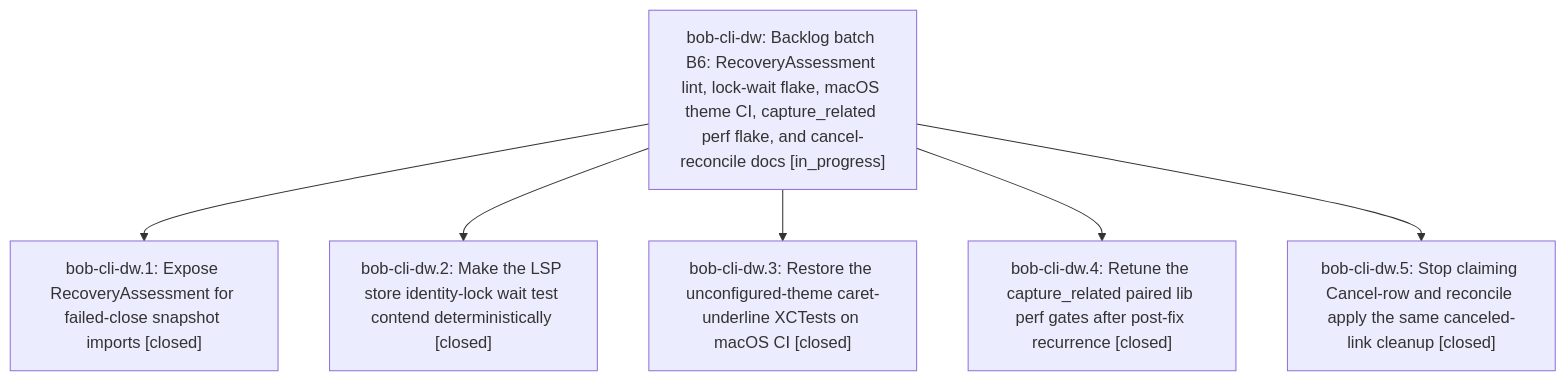
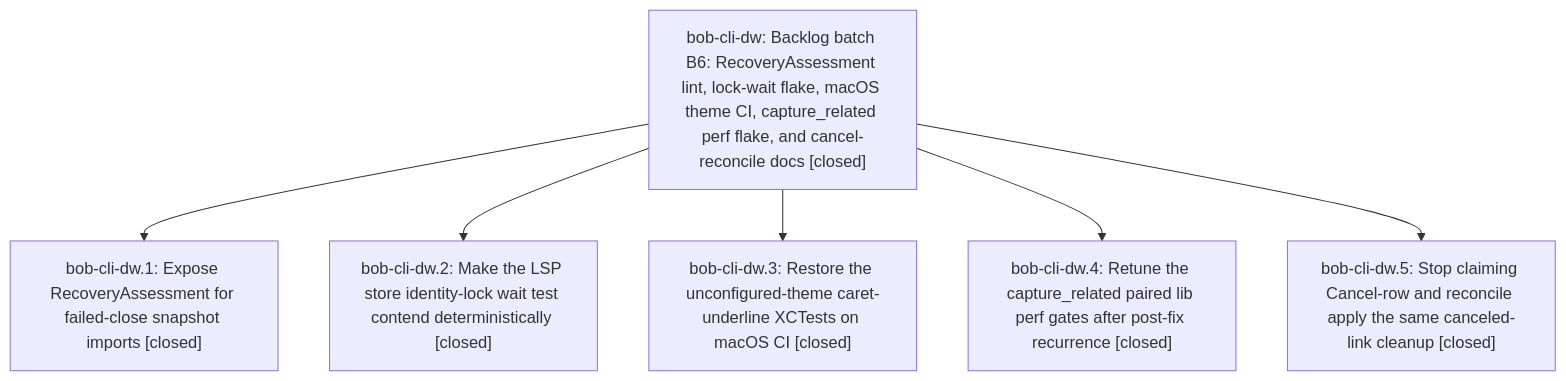
One commit to bobs-org/bob-cli--beads changed the diagram in pages/bob-cli-dw/README.md. Above: the diagram before and after it, drawn with Mermaid. The commit also changed other lines of this file and 2 other files, not shown here.

First line of the commit message:
chore(beads): sync bead state and pages for bob-cli-dw

````diff
--- a/pages/bob-cli-dw/README.md
+++ b/pages/bob-cli-dw/README.md
@@ -26,14 +48,14 @@
 ```mermaid
 flowchart TD
-    n0["bob-cli-dw: Backlog batch B6: RecoveryAssessment lint, lock-wait flake, macOS theme CI, capture_related perf flake, and cancel-reconcile docs [in_progress]"]
+    n0["bob-cli-dw: Backlog batch B6: RecoveryAssessment lint, lock-wait flake, macOS theme CI, capture_related perf flake, and cancel-reconcile docs [closed]"]
     n1["bob-cli-dw.1: Expose RecoveryAssessment for failed-close snapshot imports [closed]"]
     n2["bob-cli-dw.2: Make the LSP store identity-lock wait test contend deterministically [closed]"]
     n3["bob-cli-dw.3: Restore the unconfigured-theme caret-underline XCTests on macOS CI [closed]"]
     n4["bob-cli-dw.4: Retune the capture_related paired lib perf gates after post-fix recurrence [closed]"]
     n5["bob-cli-dw.5: Stop claiming Cancel-row and reconcile apply the same canceled-link cleanup [closed]"]
     n0 --> n1
     n0 --> n2
     n0 --> n3
     n0 --> n4
     n0 --> n5
 ```
````
